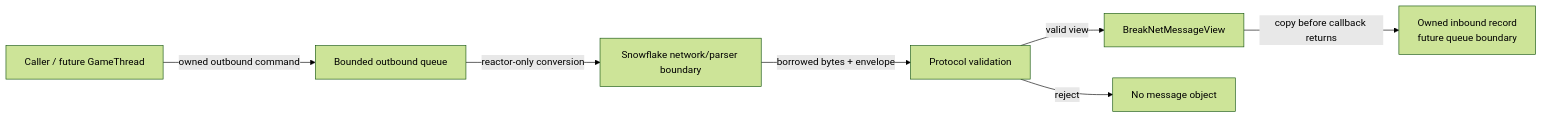
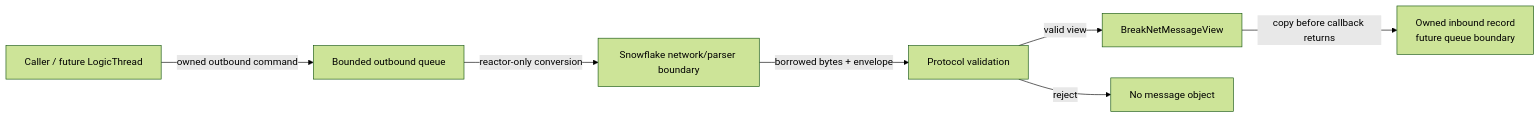
Before and after one commit to konyka/break: the second of 3 diagrams in docs/design/snowflake_c11_adapter.md, drawn with Mermaid (forest theme). The commit also changed other lines of this file and 95 other files, not shown here.

````diff
--- a/docs/design/snowflake_c11_adapter.md
+++ b/docs/design/snowflake_c11_adapter.md
@@ -225,9 +225,9 @@
 ```mermaid
 flowchart LR
     N[Snowflake network/parser boundary] -->|borrowed bytes + envelope| P[Protocol validation]
     P -->|valid view| C[BreakNetMessageView]
     C -->|copy before callback returns| I[Owned inbound record\nfuture queue boundary]
-    G[Caller / future GameThread] -->|owned outbound command| Q[Bounded outbound queue]
+    G[Caller / future LogicThread] -->|owned outbound command| Q[Bounded outbound queue]
     Q -->|reactor-only conversion| N
     P -->|reject| X[No message object]
 ```
````
